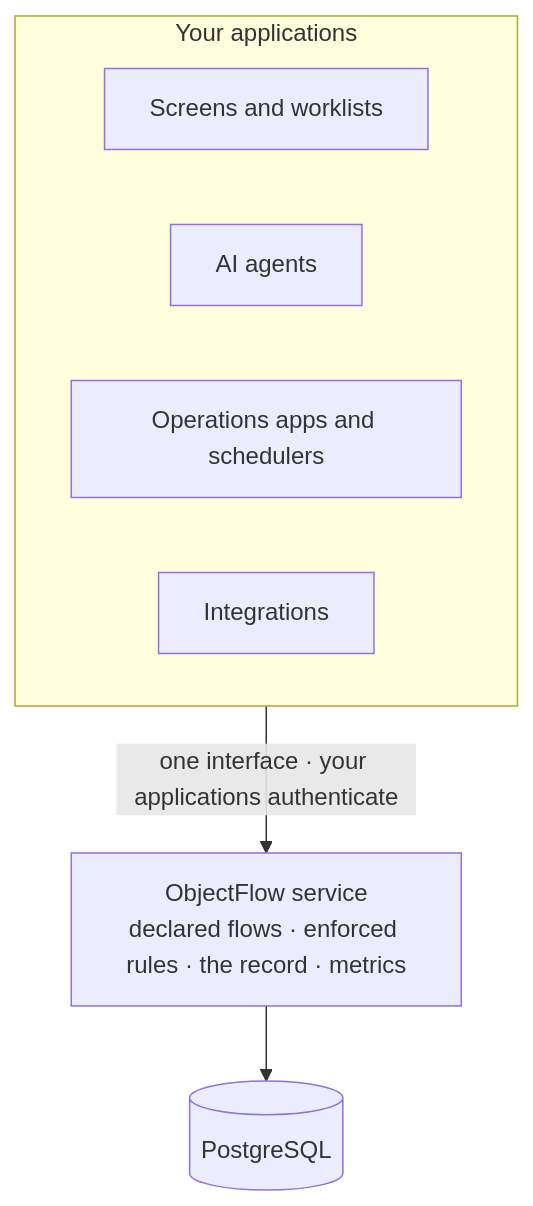
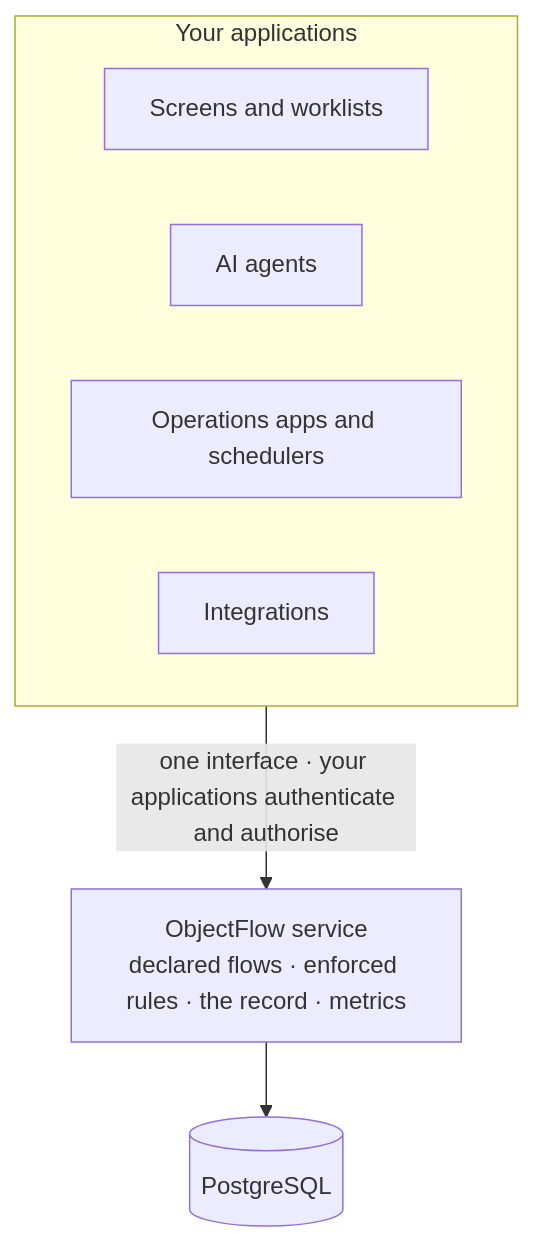
Before and after one commit to rxdu/object_flow: the diagram in README.md, drawn with Mermaid. The commit also changed other lines of this file and 43 other files, not shown here.

````diff
--- a/README.md
+++ b/README.md
@@ -83,12 +88,12 @@
 ```mermaid
 flowchart TB
     subgraph apps["Your applications"]
         direction LR
         ui["Screens and worklists"]
         agents["AI agents"]
         ops["Operations apps and schedulers"]
         integ["Integrations"]
     end
-    apps -->|"one interface · your applications authenticate"| core["ObjectFlow service<br/>declared flows · enforced rules · the record · metrics"]
+    apps -->|"one interface · your applications authenticate and authorise"| core["ObjectFlow service<br/>declared flows · enforced rules · the record · metrics"]
     core --> db[("PostgreSQL")]
 ```
````
